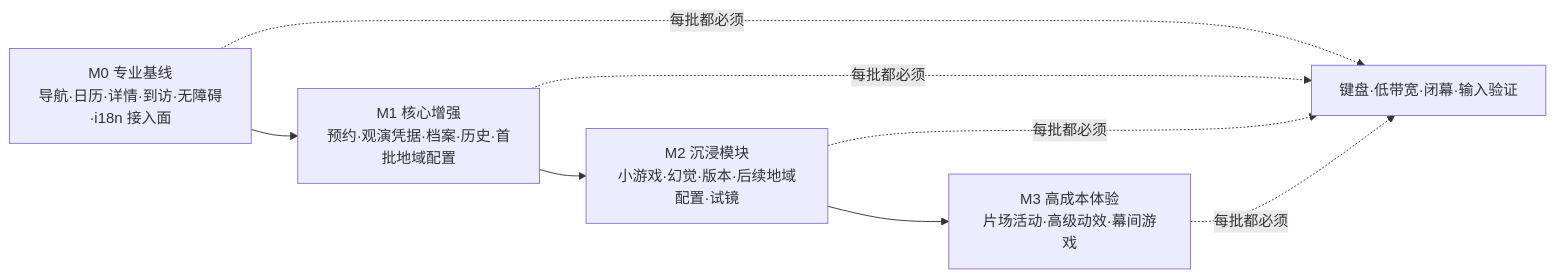
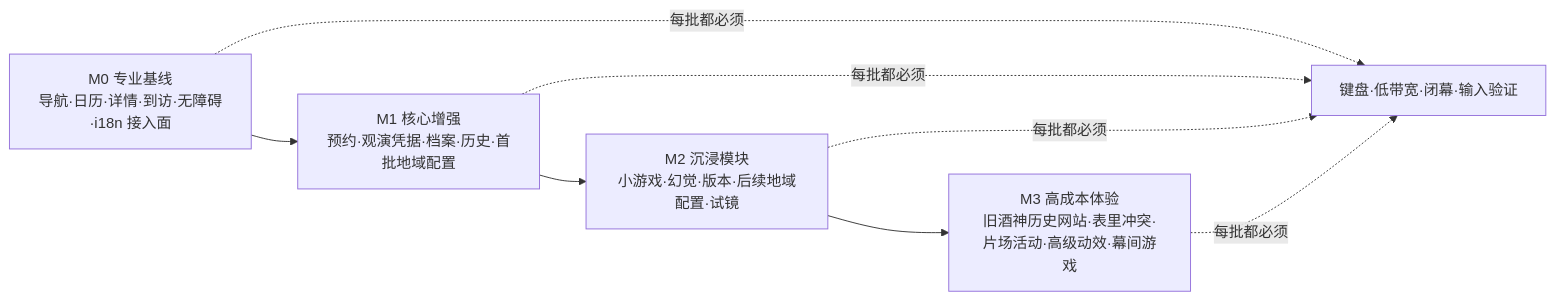
The diagram in docs/blueprint/03_journeys/maps/12_开发顺序.mmd (Selloryebir/crimson_troupe), drawn with Mermaid before and after one commit. The commit also changed 41 other files, not shown here.

```diff
--- a/docs/blueprint/03_journeys/maps/12_开发顺序.mmd
+++ b/docs/blueprint/03_journeys/maps/12_开发顺序.mmd
@@ -1,12 +1,12 @@
 flowchart LR
   M0[M0 专业基线
 导航·日历·详情·到访·无障碍·i18n 接入面] --> M1[M1 核心增强
 预约·观演凭据·档案·历史·首批地域配置]
   M1 --> M2[M2 沉浸模块
 小游戏·幻觉·版本·后续地域配置·试镜]
   M2 --> M3[M3 高成本体验
-片场活动·高级动效·幕间游戏]
+旧酒神历史网站·表里冲突·片场活动·高级动效·幕间游戏]
   M0 -.每批都必须.-> Gate[键盘·低带宽·闭幕·输入验证]
   M1 -.每批都必须.-> Gate
   M2 -.每批都必须.-> Gate
   M3 -.每批都必须.-> Gate
```
